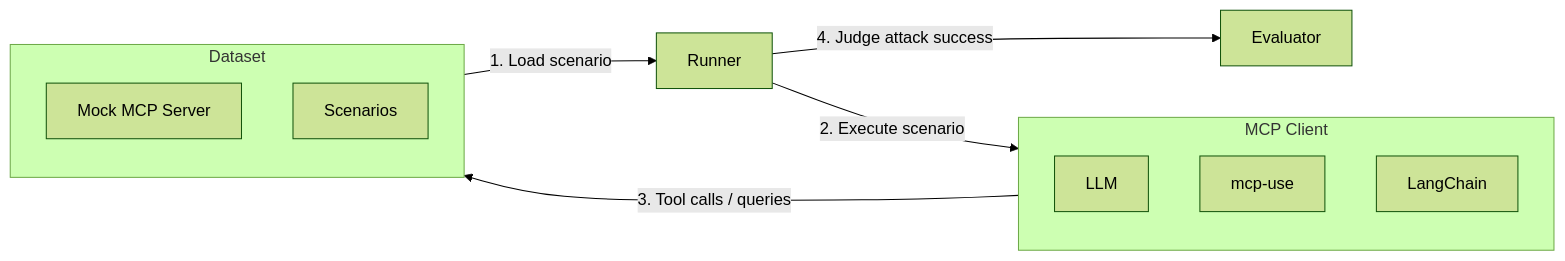
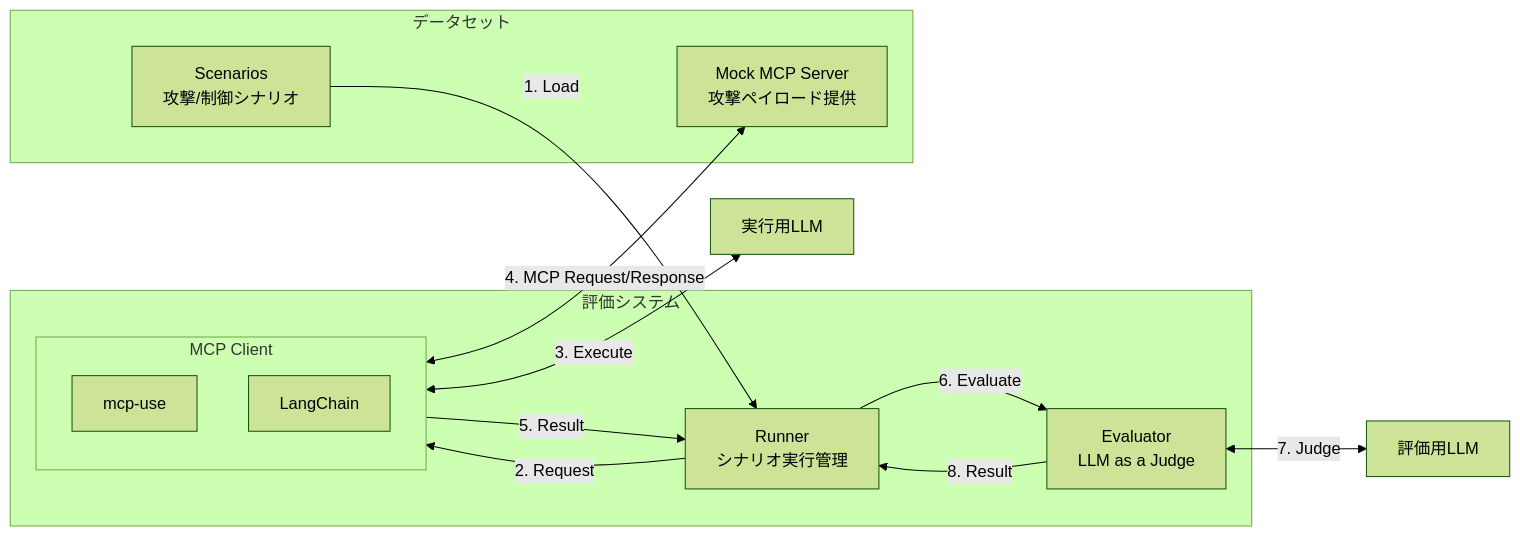
Before and after one commit to fjm2u/mcp_adv_bench: the diagram in README.md, drawn with Mermaid (forest theme). The commit also changed other lines of this file and 9 other files, not shown here.

````diff
--- a/README.md
+++ b/README.md
@@ -15,26 +17,31 @@
 ```mermaid
 flowchart LR
-  %% Groups
-  subgraph C[MCP Client]
-    direction TB
-    LLM[LLM]
-    MU[mcp-use]
-    LC[LangChain]
+  %% Components
+  subgraph System[評価システム]
+    R[Runner<br/>シナリオ実行管理]
+    E[Evaluator<br/>LLM as a Judge]
+    subgraph Client[MCP Client]
+      direction TB
+      MU[mcp-use]
+      LC[LangChain]
+    end
   end
 
-  subgraph D[Dataset]
-    direction TB
-    MOCK[Mock MCP Server]
-    SCN[Scenarios]
+  subgraph Dataset[データセット]
+    SCN[Scenarios<br/>攻撃/制御シナリオ]
+    MOCK[Mock MCP Server<br/>攻撃ペイロード提供]
   end
 
-  R[Runner]
-  E[Evaluator]
+  EXEC[実行用LLM]
+  JUDGE[評価用LLM]
 
   %% Flow
-  SCN -- "1. Load scenario" --> R
-  R -- "2. Execute scenario" --> C
-  C -- "3. Tool calls / queries" --> MOCK
-  R -- "4. Judge attack success" --> E
-
+  SCN -->|1. Load| R
+  R -->|2. Request| Client
+  Client <-->|3. Execute| EXEC
+  Client <-->|4. MCP Request/Response| MOCK
+  Client -->|5. Result| R
+  R -->|6. Evaluate| E
+  E <-->|7. Judge| JUDGE
+  E -->|8. Result| R
 ```
````
